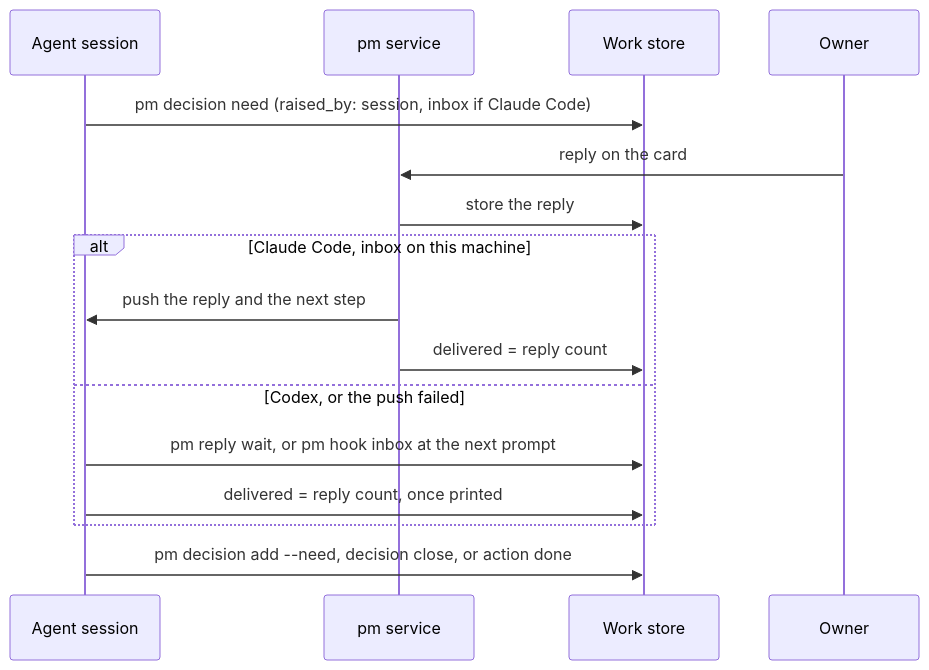
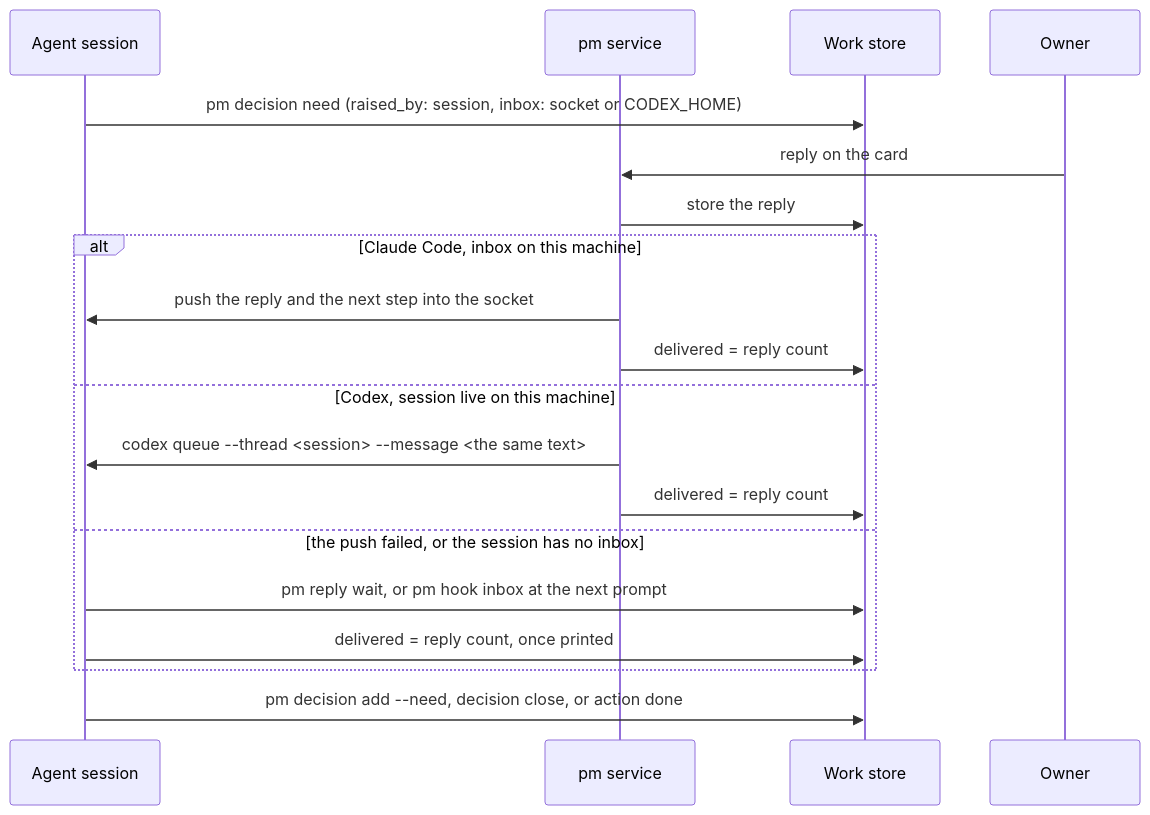
The diagram in design/reply-delivery.md (Yeeef/pm), drawn with Mermaid before and after one commit. The commit also changed other lines of this file and 3 other files, not shown here.

Commit message:
Reply delivery and pm in Codex: the pm service queues a reply into a live Codex session (codex queue); gap 4 closed

````diff
--- a/design/reply-delivery.md
+++ b/design/reply-delivery.md
@@ -87,18 +94,21 @@
 ```mermaid
 sequenceDiagram
   participant A as Agent session
   participant S as pm service
   participant W as Work store
   participant O as Owner
-  A->>W: pm decision need (raised_by: session, inbox if Claude Code)
+  A->>W: pm decision need (raised_by: session, inbox: socket or CODEX_HOME)
   O->>S: reply on the card
   S->>W: store the reply
   alt Claude Code, inbox on this machine
-    S->>A: push the reply and the next step
+    S->>A: push the reply and the next step into the socket
     S->>W: delivered = reply count
-  else Codex, or the push failed
+  else Codex, session live on this machine
+    S->>A: codex queue --thread <session> --message <the same text>
+    S->>W: delivered = reply count
+  else the push failed, or the session has no inbox
     A->>W: pm reply wait, or pm hook inbox at the next prompt
     A->>W: delivered = reply count, once printed
   end
   A->>W: pm decision add --need, decision close, or action done
 ```
````
